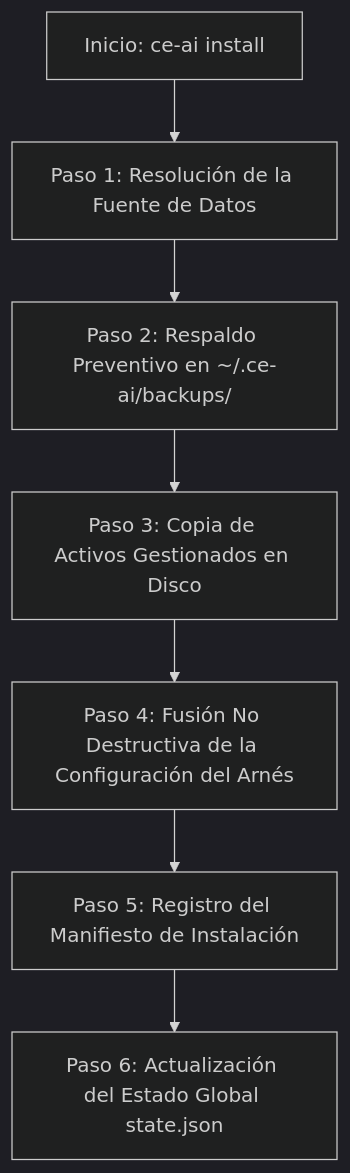
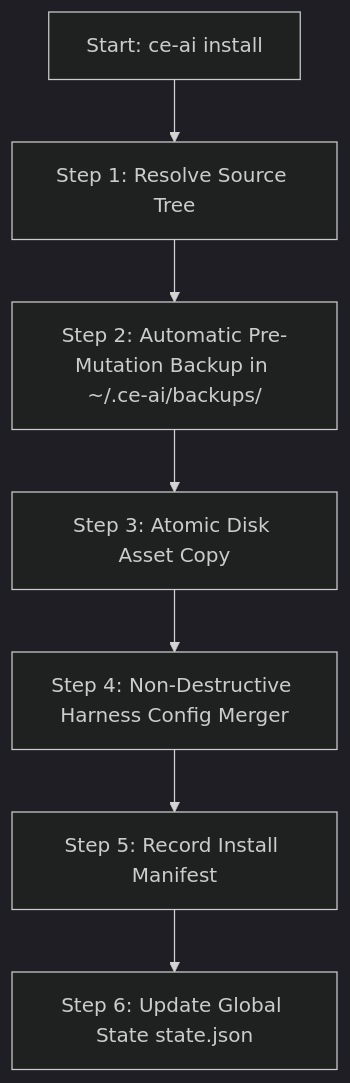
The diagram in docs/user-guide/installation-and-coexistence-mechanisms.md (mastepanoski/ce-ai), drawn with Mermaid (dark theme) before and after one commit. The commit also changed other lines of this file and 2 other files, not shown here.

Commit message:
docs(guide): translate step-by-step user guides to English

````diff
--- a/docs/user-guide/installation-and-coexistence-mechanisms.md
+++ b/docs/user-guide/installation-and-coexistence-mechanisms.md
@@ -11,9 +11,9 @@
 ```mermaid
 flowchart TD
-    A[Inicio: ce-ai install] --> B[Paso 1: Resolución de la Fuente de Datos]
-    B --> C[Paso 2: Respaldo Preventivo en ~/.ce-ai/backups/]
-    C --> D[Paso 3: Copia de Activos Gestionados en Disco]
-    D --> E[Paso 4: Fusión No Destructiva de la Configuración del Arnés]
-    E --> F[Paso 5: Registro del Manifiesto de Instalación]
-    F --> G[Paso 6: Actualización del Estado Global state.json]
+    A[Start: ce-ai install] --> B[Step 1: Resolve Source Tree]
+    B --> C[Step 2: Automatic Pre-Mutation Backup in ~/.ce-ai/backups/]
+    C --> D[Step 3: Atomic Disk Asset Copy]
+    D --> E[Step 4: Non-Destructive Harness Config Merger]
+    E --> F[Step 5: Record Install Manifest]
+    F --> G[Step 6: Update Global State state.json]
 ```
````
